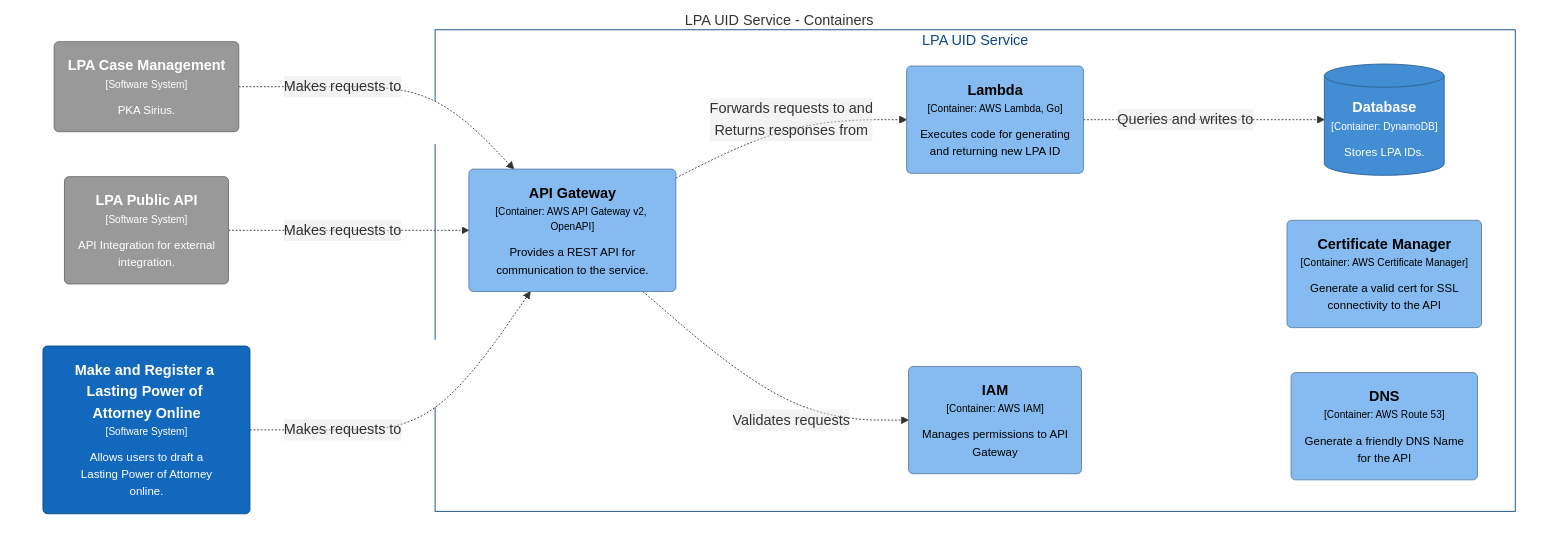
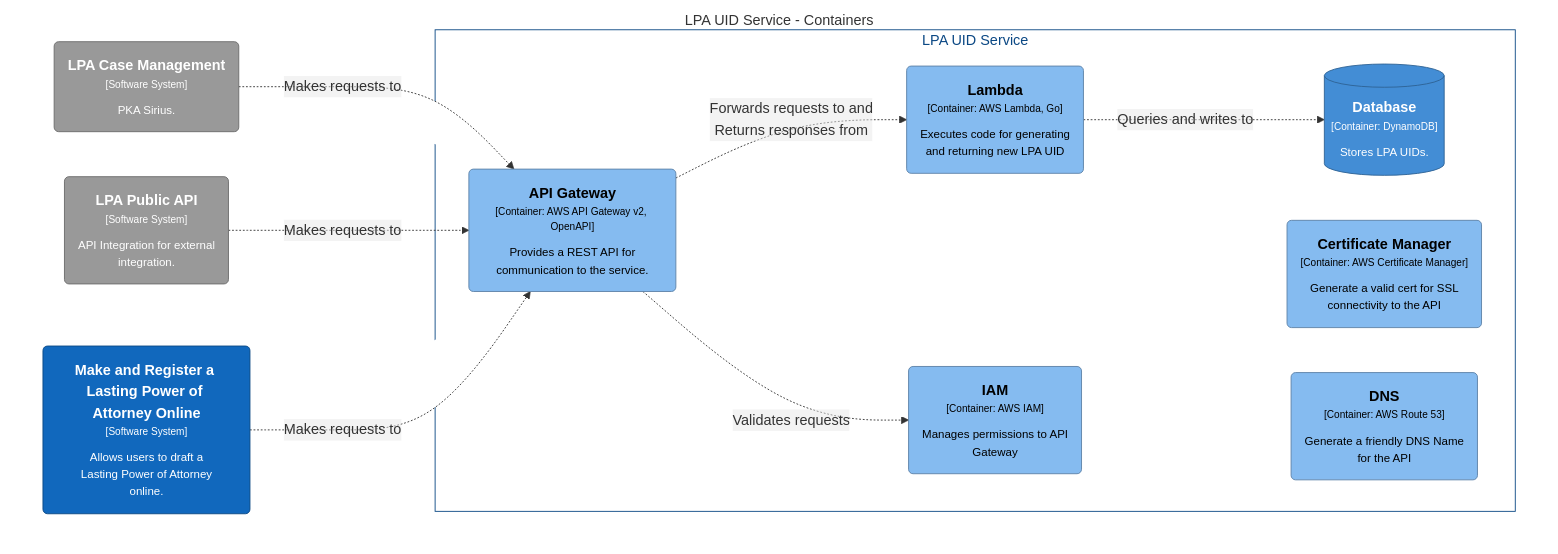
Before and after one commit to ministryofjustice/opg-data-lpa-uid: the diagram in docs/architecture/dsl/local/structurizr-Container-001.mmd, drawn with Mermaid. The commit also changed 7 other files, not shown here.

First line of the commit message:
Rename service to LPA *UID* (#19)

```diff
--- a/docs/architecture/dsl/local/structurizr-Container-001.mmd
+++ b/docs/architecture/dsl/local/structurizr-Container-001.mmd
@@ -1,37 +1,37 @@
 graph TB
   linkStyle default fill:#ffffff
 
   subgraph diagram [LPA UID Service - Containers]
     style diagram fill:#ffffff,stroke:#ffffff
 
     6("<div style='font-weight: bold'>Make and Register a Lasting Power of Attorney Online</div><div style='font-size: 70%; margin-top: 0px'>[Software System]</div><div style='font-size: 80%; margin-top:10px'>Allows users to draft a<br />Lasting Power of Attorney<br />online.</div>")
     style 6 fill:#1168bd,stroke:#0b4884,color:#ffffff
     28("<div style='font-weight: bold'>LPA Case Management</div><div style='font-size: 70%; margin-top: 0px'>[Software System]</div><div style='font-size: 80%; margin-top:10px'>PKA Sirius.</div>")
     style 28 fill:#999999,stroke:#6b6b6b,color:#ffffff
     31("<div style='font-weight: bold'>LPA Public API</div><div style='font-size: 70%; margin-top: 0px'>[Software System]</div><div style='font-size: 80%; margin-top:10px'>API Integration for external<br />integration.</div>")
     style 31 fill:#999999,stroke:#6b6b6b,color:#ffffff
 
     subgraph 18 [LPA UID Service]
       style 18 fill:#ffffff,stroke:#0b4884,color:#0b4884
 
-      19[("<div style='font-weight: bold'>Database</div><div style='font-size: 70%; margin-top: 0px'>[Container: DynamoDB]</div><div style='font-size: 80%; margin-top:10px'>Stores LPA IDs.</div>")]
+      19[("<div style='font-weight: bold'>Database</div><div style='font-size: 70%; margin-top: 0px'>[Container: DynamoDB]</div><div style='font-size: 80%; margin-top:10px'>Stores LPA UIDs.</div>")]
       style 19 fill:#438dd5,stroke:#2e6295,color:#ffffff
-      20("<div style='font-weight: bold'>Lambda</div><div style='font-size: 70%; margin-top: 0px'>[Container: AWS Lambda, Go]</div><div style='font-size: 80%; margin-top:10px'>Executes code for generating<br />and returning new LPA ID</div>")
+      20("<div style='font-weight: bold'>Lambda</div><div style='font-size: 70%; margin-top: 0px'>[Container: AWS Lambda, Go]</div><div style='font-size: 80%; margin-top:10px'>Executes code for generating<br />and returning new LPA UID</div>")
       style 20 fill:#85bbf0,stroke:#5d82a8,color:#000000
       22("<div style='font-weight: bold'>IAM</div><div style='font-size: 70%; margin-top: 0px'>[Container: AWS IAM]</div><div style='font-size: 80%; margin-top:10px'>Manages permissions to API<br />Gateway</div>")
       style 22 fill:#85bbf0,stroke:#5d82a8,color:#000000
       23("<div style='font-weight: bold'>Certificate Manager</div><div style='font-size: 70%; margin-top: 0px'>[Container: AWS Certificate Manager]</div><div style='font-size: 80%; margin-top:10px'>Generate a valid cert for SSL<br />connectivity to the API</div>")
       style 23 fill:#85bbf0,stroke:#5d82a8,color:#000000
       24("<div style='font-weight: bold'>DNS</div><div style='font-size: 70%; margin-top: 0px'>[Container: AWS Route 53]</div><div style='font-size: 80%; margin-top:10px'>Generate a friendly DNS Name<br />for the API</div>")
       style 24 fill:#85bbf0,stroke:#5d82a8,color:#000000
       25("<div style='font-weight: bold'>API Gateway</div><div style='font-size: 70%; margin-top: 0px'>[Container: AWS API Gateway v2, OpenAPI]</div><div style='font-size: 80%; margin-top:10px'>Provides a REST API for<br />communication to the service.</div>")
       style 25 fill:#85bbf0,stroke:#5d82a8,color:#000000
     end
 
     20-. "<div>Queries and writes to</div><div style='font-size: 70%'></div>" .->19
     25-. "<div>Forwards requests to and<br />Returns responses from</div><div style='font-size: 70%'></div>" .->20
     25-. "<div>Validates requests</div><div style='font-size: 70%'></div>" .->22
     28-. "<div>Makes requests to</div><div style='font-size: 70%'></div>" .->25
     31-. "<div>Makes requests to</div><div style='font-size: 70%'></div>" .->25
     6-. "<div>Makes requests to</div><div style='font-size: 70%'></div>" .->25
   end
```
